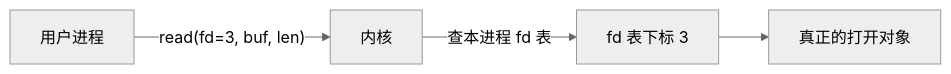
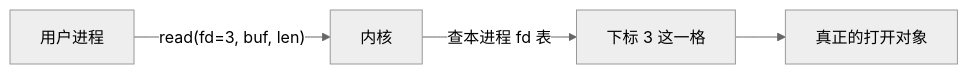
Before and after one commit to AM-SuSh/EVOLVE: the first of 4 diagrams in os-lab/labs/lab5-fs-and-sync.md, drawn with Mermaid (neutral theme). The commit also changed other lines of this file and 22 other files, not shown here.

````diff
--- a/os-lab/labs/lab5-fs-and-sync.md
+++ b/os-lab/labs/lab5-fs-and-sync.md
@@ -100,6 +114,6 @@
 ```mermaid
 flowchart LR
     P["用户进程"] -->|"read(fd=3, buf, len)"| K["内核"]
-    K -->|"查本进程 fd 表"| T["fd 表下标 3"]
+    K -->|"查本进程 fd 表"| T["下标 3 这一格"]
     T --> F["真正的打开对象"]
 ```
````
